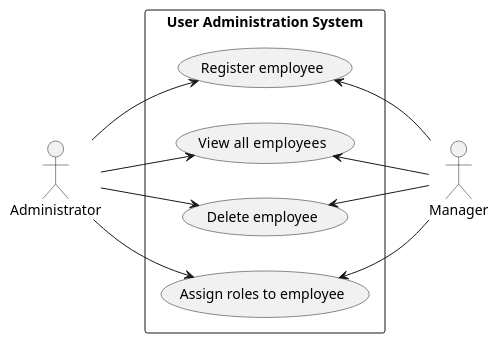
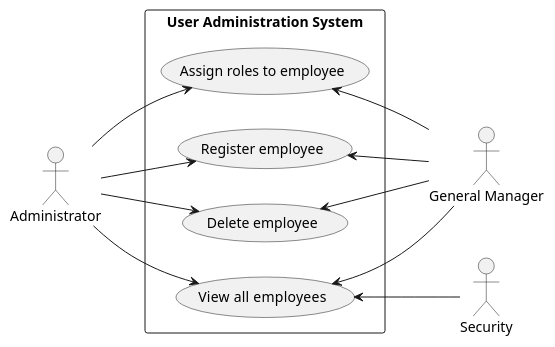
The diagram in src/main/docs/uml/use-case/generic/administration.puml (mrjink/molveno), drawn with PlantUML before and after one commit. The commit also changed 3 other files, not shown here.

```diff
--- a/src/main/docs/uml/use-case/generic/administration.puml
+++ b/src/main/docs/uml/use-case/generic/administration.puml
@@ -1,25 +1,29 @@
 @startuml
 
 left to right direction
 
 actor Administrator
-actor Manager
+actor "General Manager" as GM
+actor "Security" as sec
 
 rectangle "User Administration System" {
     (Register employee) as (reg)
     (View  all employees) as (view)
     (Delete employee) as (del)
     (Assign roles to employee) as (ass)
 
     Administrator --> (reg)
     Administrator --> (view)
     Administrator --> (del)
     Administrator --> (ass)
 
-    (reg) <-- Manager
-    (view) <-- Manager
-    (del) <-- Manager
-    (ass) <-- Manager
+    (reg) <-- GM
+    (view) <-- GM
+    (del) <-- GM
+    (ass) <-- GM
+
+
+    (view) <-- sec
 }
 
 @enduml
```
